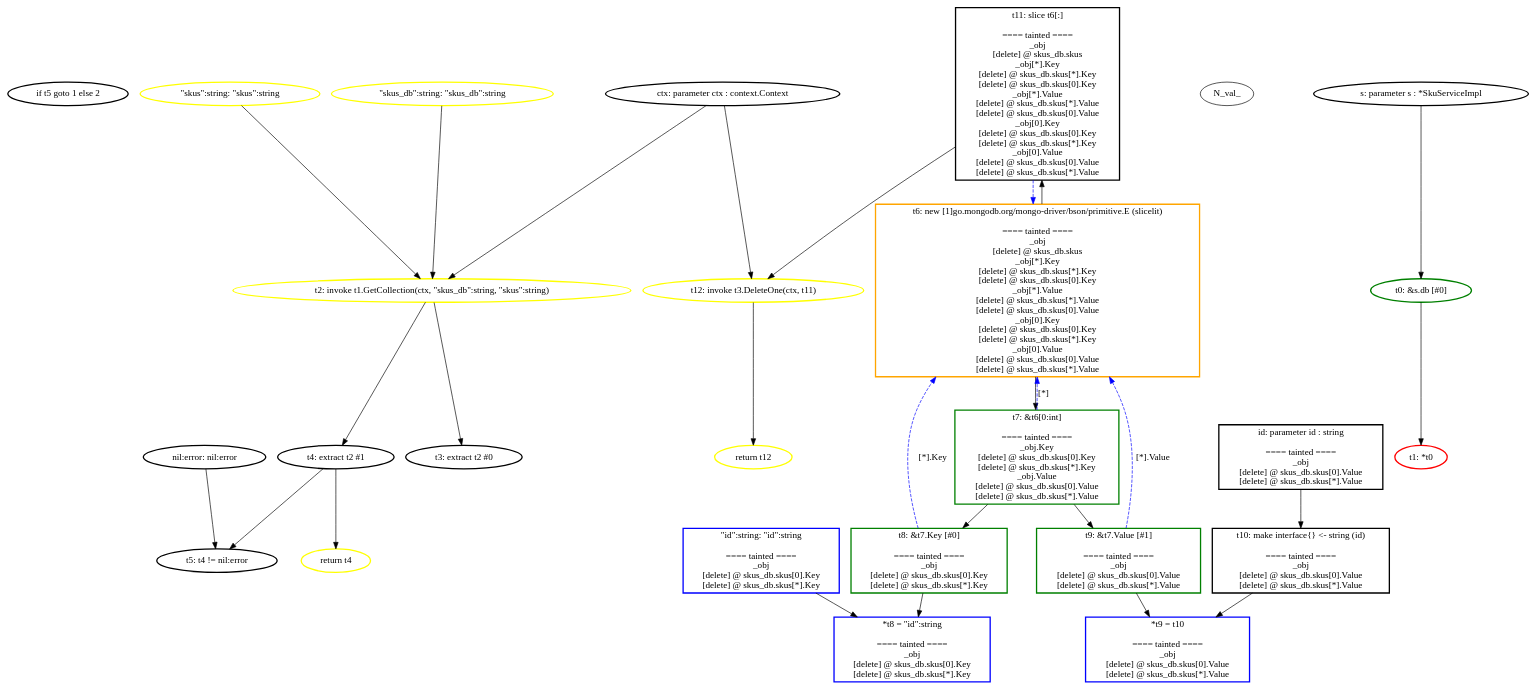
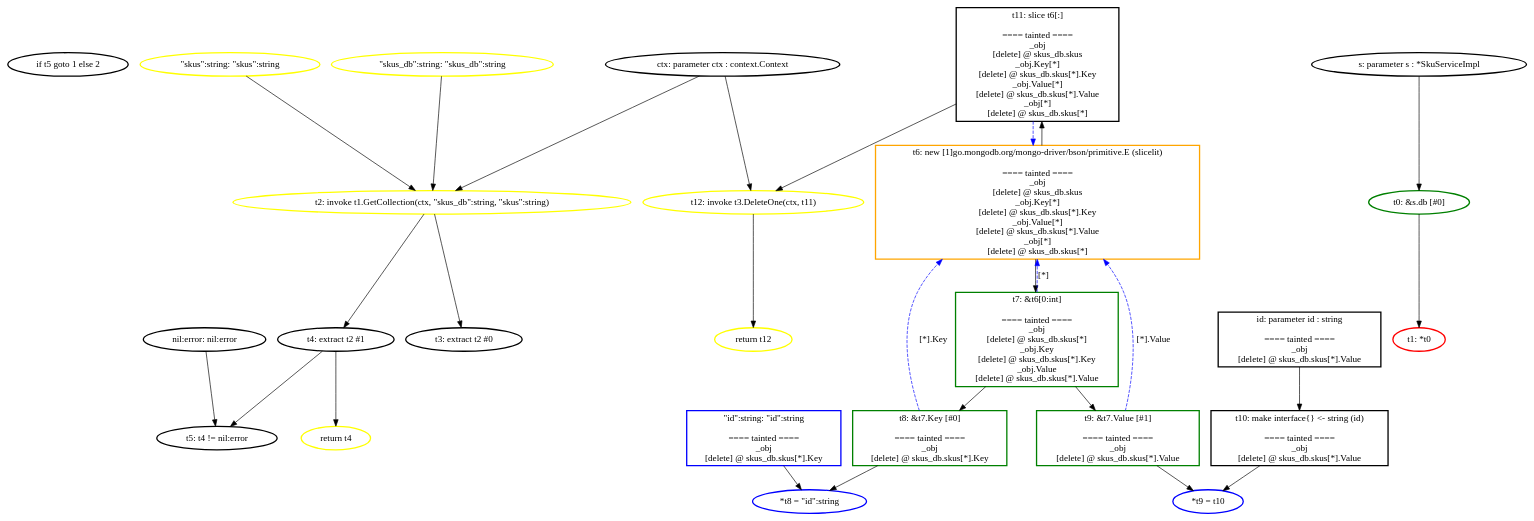
The diagram in ssa_analysis/analyzer/output/digota/ssagraphs/digota.SkuService.Delete.dot (aletheia-microservices/aletheia), drawn with Graphviz before and after one commit. The commit also changed 79 other files, not shown here.

```diff
--- a/ssa_analysis/analyzer/output/digota/ssagraphs/digota.SkuService.Delete.dot
+++ b/ssa_analysis/analyzer/output/digota/ssagraphs/digota.SkuService.Delete.dot
@@ -1,156 +1,115 @@
 digraph G {
 	rankdir=TD;
-	N_instr__517186910 [label="if t5 goto 1 else 2", style=bold, shape=ellipse, color="black"];
-	N_instr__517186910 [label="if t5 goto 1 else 2", style=bold, shape=ellipse, color="black"];
-	N_instr_ret_2814762 [label="return t4", style=bold, shape=ellipse, color="yellow"];
-	N_instr_ret_2814762 [label="return t4", style=bold, shape=ellipse, color="yellow"];
-	N_instr_ret_2814978 [label="return t12", style=bold, shape=ellipse, color="yellow"];
-	N_instr_ret_2814978 [label="return t12", style=bold, shape=ellipse, color="yellow"];
-	N_instr_store_2814799 [label="*t8 = \"id\":string
+	N_instr__366643358 [label="if t5 goto 1 else 2", style=bold, shape=ellipse, color="black"];
+	N_instr__366643358 [label="if t5 goto 1 else 2", style=bold, shape=ellipse, color="black"];
+	N_instr_ret_2798908 [label="return t4", style=bold, shape=ellipse, color="yellow"];
+	N_instr_ret_2798908 [label="return t4", style=bold, shape=ellipse, color="yellow"];
+	N_instr_ret_2799124 [label="return t12", style=bold, shape=ellipse, color="yellow"];
+	N_instr_ret_2799124 [label="return t12", style=bold, shape=ellipse, color="yellow"];
+	N_instr_store_2798945 [label="*t8 = \"id\":string", style=bold, shape=ellipse, color="blue"];
+	N_instr_store_2798945 [label="*t8 = \"id\":string", style=bold, shape=ellipse, color="blue"];
+	N_instr_store_2798958 [label="*t9 = t10", style=bold, shape=ellipse, color="blue"];
+	N_instr_store_2798958 [label="*t9 = t10", style=bold, shape=ellipse, color="blue"];
+	N_nil_998110589 [label="nil:error: nil:error", style=bold, shape=ellipse, color="black"];
+	N_val__id__string [label="\"id\":string: \"id\":string
 
 ==== tainted ====
 _obj
-[delete] @ skus_db.skus[0].Key
 [delete] @ skus_db.skus[*].Key
 ", style=bold, shape=box, color="blue"];
-	N_instr_store_2814799 [label="*t8 = \"id\":string
-
-==== tainted ====
-_obj
-[delete] @ skus_db.skus[0].Key
-[delete] @ skus_db.skus[*].Key
-", style=bold, shape=box, color="blue"];
-	N_instr_store_2814812 [label="*t9 = t10
-
-==== tainted ====
-_obj
-[delete] @ skus_db.skus[0].Value
-[delete] @ skus_db.skus[*].Value
-", style=bold, shape=box, color="blue"];
-	N_instr_store_2814812 [label="*t9 = t10
-
-==== tainted ====
-_obj
-[delete] @ skus_db.skus[0].Value
-[delete] @ skus_db.skus[*].Value
-", style=bold, shape=box, color="blue"];
-	N_nil_1973513945 [label="nil:error: nil:error", style=bold, shape=ellipse, color="black"];
-	N_val_"id":string [label="\"id\":string: \"id\":string
-
-==== tainted ====
-_obj
-[delete] @ skus_db.skus[0].Key
-[delete] @ skus_db.skus[*].Key
-", style=bold, shape=box, color="blue"];
-	N_val_"skus":string [label="\"skus\":string: \"skus\":string", style=bold, shape=ellipse, color="yellow"];
-	N_val_"skus_db":string [label="\"skus_db\":string: \"skus_db\":string", style=bold, shape=ellipse, color="yellow"];
-	N_val_alloc_2814794 [label="t6: new [1]go.mongodb.org/mongo-driver/bson/primitive.E (slicelit)
+	N_val__skus__string [label="\"skus\":string: \"skus\":string", style=bold, shape=ellipse, color="yellow"];
+	N_val__skus_db__string [label="\"skus_db\":string: \"skus_db\":string", style=bold, shape=ellipse, color="yellow"];
+	N_val_alloc_2798940 [label="t6: new [1]go.mongodb.org/mongo-driver/bson/primitive.E (slicelit)
 
 ==== tainted ====
 _obj
 [delete] @ skus_db.skus
-_obj[*].Key
+_obj.Key[*]
 [delete] @ skus_db.skus[*].Key
-[delete] @ skus_db.skus[0].Key
-_obj[*].Value
+_obj.Value[*]
 [delete] @ skus_db.skus[*].Value
-[delete] @ skus_db.skus[0].Value
-_obj[0].Key
-[delete] @ skus_db.skus[0].Key
-[delete] @ skus_db.skus[*].Key
-_obj[0].Value
-[delete] @ skus_db.skus[0].Value
-[delete] @ skus_db.skus[*].Value
+_obj[*]
+[delete] @ skus_db.skus[*]
 ", style=bold, shape=box, color="orange"];
-	N_val_binary_2814751 [label="t5: t4 != nil:error", style=bold, shape=ellipse, color="black"];
-	N_val_call_2814718 [label="t2: invoke t1.GetCollection(ctx, \"skus_db\":string, \"skus\":string)", style=bold, shape=ellipse, color="yellow"];
-	N_val_call_2814846 [label="t12: invoke t3.DeleteOne(ctx, t11)", style=bold, shape=ellipse, color="yellow"];
+	N_val_binary_2798897 [label="t5: t4 != nil:error", style=bold, shape=ellipse, color="black"];
+	N_val_call_2798864 [label="t2: invoke t1.GetCollection(ctx, \"skus_db\":string, \"skus\":string)", style=bold, shape=ellipse, color="yellow"];
+	N_val_call_2798992 [label="t12: invoke t3.DeleteOne(ctx, t11)", style=bold, shape=ellipse, color="yellow"];
 	N_val_extrt3 [label="t3: extract t2 #0", style=bold, shape=ellipse, color="black"];
 	N_val_extrt4 [label="t4: extract t2 #1", style=bold, shape=ellipse, color="black"];
-	N_val_field_2814702 [label="t0: &s.db [#0]", style=bold, shape=ellipse, color="green"];
-	N_val_field_2814799 [label="t8: &t7.Key [#0]
+	N_val_field_2798848 [label="t0: &s.db [#0]", style=bold, shape=ellipse, color="green"];
+	N_val_field_2798945 [label="t8: &t7.Key [#0]
 
 ==== tainted ====
 _obj
-[delete] @ skus_db.skus[0].Key
 [delete] @ skus_db.skus[*].Key
 ", style=bold, shape=box, color="green"];
-	N_val_field_2814812 [label="t9: &t7.Value [#1]
+	N_val_field_2798958 [label="t9: &t7.Value [#1]
 
 ==== tainted ====
 _obj
-[delete] @ skus_db.skus[0].Value
 [delete] @ skus_db.skus[*].Value
 ", style=bold, shape=box, color="green"];
 	N_val_ifacet10 [label="t10: make interface{} <- string (id)
 
 ==== tainted ====
 _obj
-[delete] @ skus_db.skus[0].Value
 [delete] @ skus_db.skus[*].Value
 ", style=bold, shape=box, color="black"];
 	N_val_indext7 [label="t7: &t6[0:int]
 
 ==== tainted ====
+_obj
+[delete] @ skus_db.skus[*]
 _obj.Key
-[delete] @ skus_db.skus[0].Key
 [delete] @ skus_db.skus[*].Key
 _obj.Value
-[delete] @ skus_db.skus[0].Value
 [delete] @ skus_db.skus[*].Value
 ", style=bold, shape=box, color="green"];
-	N_val_param_2814614 [label="s: parameter s : *SkuServiceImpl", style=bold, shape=ellipse, color="black"];
-	N_val_param_2814640 [label="ctx: parameter ctx : context.Context", style=bold, shape=ellipse, color="black"];
-	N_val_param_2814661 [label="id: parameter id : string
+	N_val_param_2798760 [label="s: parameter s : *SkuServiceImpl", style=bold, shape=ellipse, color="black"];
+	N_val_param_2798786 [label="ctx: parameter ctx : context.Context", style=bold, shape=ellipse, color="black"];
+	N_val_param_2798807 [label="id: parameter id : string
 
 ==== tainted ====
 _obj
-[delete] @ skus_db.skus[0].Value
 [delete] @ skus_db.skus[*].Value
 ", style=bold, shape=box, color="black"];
-	N_val_slice_2814794 [label="t11: slice t6[:]
+	N_val_slice_2798940 [label="t11: slice t6[:]
 
 ==== tainted ====
 _obj
 [delete] @ skus_db.skus
-_obj[*].Key
+_obj.Key[*]
 [delete] @ skus_db.skus[*].Key
-[delete] @ skus_db.skus[0].Key
-_obj[*].Value
+_obj.Value[*]
 [delete] @ skus_db.skus[*].Value
-[delete] @ skus_db.skus[0].Value
-_obj[0].Key
-[delete] @ skus_db.skus[0].Key
-[delete] @ skus_db.skus[*].Key
-_obj[0].Value
-[delete] @ skus_db.skus[0].Value
-[delete] @ skus_db.skus[*].Value
+_obj[*]
+[delete] @ skus_db.skus[*]
 ", style=bold, shape=box, color="black"];
-	N_val_unary_2814702 [label="t1: *t0", style=bold, shape=ellipse, color="red"];
-	N_val_param_2814614 -> N_val_field_2814702;
-	N_val_field_2814702 -> N_val_unary_2814702;
-	N_val_param_2814640 -> N_val_call_2814718;
-	N_val_"skus_db":string -> N_val_call_2814718;
-	N_val_"skus":string -> N_val_call_2814718;
-	N_val_call_2814718 -> N_val_extrt3;
-	N_val_call_2814718 -> N_val_extrt4;
-	N_val_extrt4 -> N_val_binary_2814751;
-	N_nil_1973513945 -> N_val_binary_2814751;
-	N_val_extrt4 -> N_instr_ret_2814762;
-	N_val_alloc_2814794 -> N_val_indext7;
-	N_val_indext7 -> N_val_field_2814799;
-	N_val_indext7 -> N_val_field_2814812;
-	N_val_field_2814799 -> N_instr_store_2814799;
-	N_val_"id":string -> N_instr_store_2814799;
-	N_val_param_2814661 -> N_val_ifacet10;
-	N_val_field_2814812 -> N_instr_store_2814812;
-	N_val_ifacet10 -> N_instr_store_2814812;
-	N_val_alloc_2814794 -> N_val_slice_2814794;
-	N_val_param_2814640 -> N_val_call_2814846;
-	N_val_slice_2814794 -> N_val_call_2814846;
-	N_val_call_2814846 -> N_instr_ret_2814978;
-	N_val_slice_2814794 -> N_val_alloc_2814794 [label="", style=dashed, color=blue];
-	N_val_field_2814799 -> N_val_alloc_2814794 [label="[*].Key", style=dashed, color=blue];
-	N_val_indext7 -> N_val_alloc_2814794 [label="[*]", style=dashed, color=blue];
-	N_val_field_2814812 -> N_val_alloc_2814794 [label="[*].Value", style=dashed, color=blue];
+	N_val_unary_2798848 [label="t1: *t0", style=bold, shape=ellipse, color="red"];
+	N_val_param_2798760 -> N_val_field_2798848;
+	N_val_field_2798848 -> N_val_unary_2798848;
+	N_val_param_2798786 -> N_val_call_2798864;
+	N_val__skus_db__string -> N_val_call_2798864;
+	N_val__skus__string -> N_val_call_2798864;
+	N_val_call_2798864 -> N_val_extrt3;
+	N_val_call_2798864 -> N_val_extrt4;
+	N_val_extrt4 -> N_val_binary_2798897;
+	N_nil_998110589 -> N_val_binary_2798897;
+	N_val_extrt4 -> N_instr_ret_2798908;
+	N_val_alloc_2798940 -> N_val_indext7;
+	N_val_indext7 -> N_val_field_2798945;
+	N_val_indext7 -> N_val_field_2798958;
+	N_val_field_2798945 -> N_instr_store_2798945;
+	N_val__id__string -> N_instr_store_2798945;
+	N_val_param_2798807 -> N_val_ifacet10;
+	N_val_field_2798958 -> N_instr_store_2798958;
+	N_val_ifacet10 -> N_instr_store_2798958;
+	N_val_alloc_2798940 -> N_val_slice_2798940;
+	N_val_param_2798786 -> N_val_call_2798992;
+	N_val_slice_2798940 -> N_val_call_2798992;
+	N_val_call_2798992 -> N_instr_ret_2799124;
+	N_val_slice_2798940 -> N_val_alloc_2798940 [label="", style=dashed, color=blue];
+	N_val_field_2798945 -> N_val_alloc_2798940 [label="[*].Key", style=dashed, color=blue];
+	N_val_indext7 -> N_val_alloc_2798940 [label="[*]", style=dashed, color=blue];
+	N_val_field_2798958 -> N_val_alloc_2798940 [label="[*].Value", style=dashed, color=blue];
 }
```
